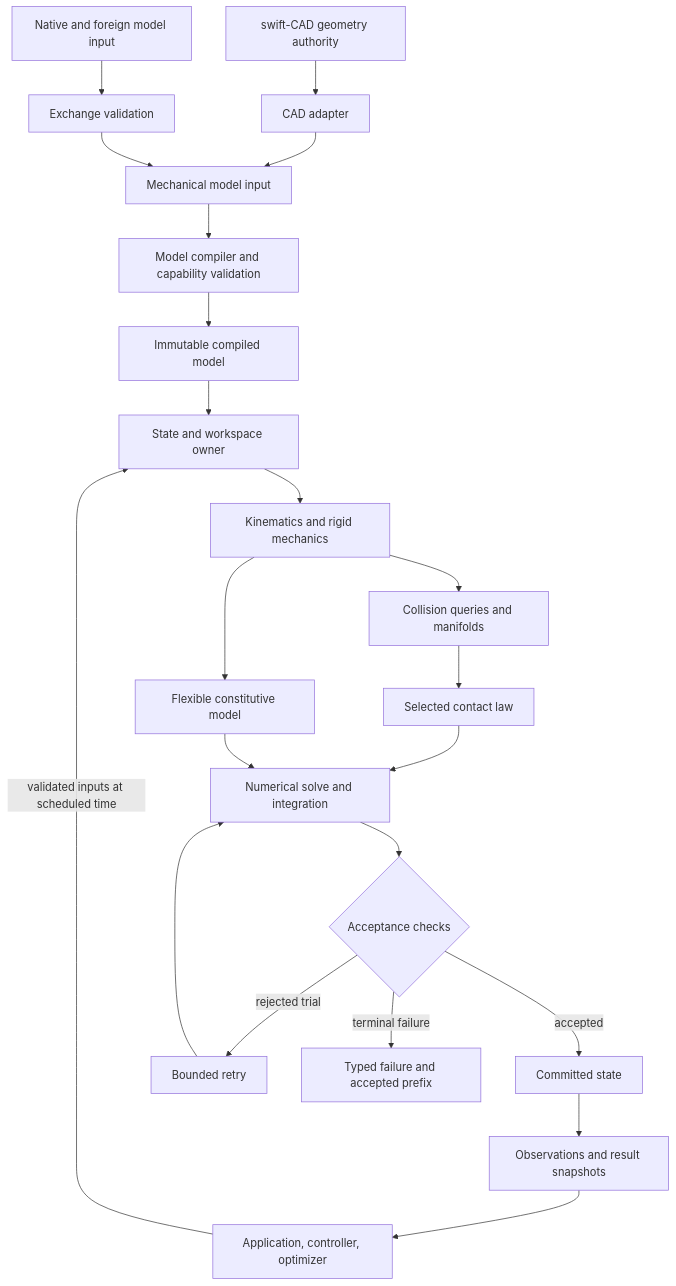
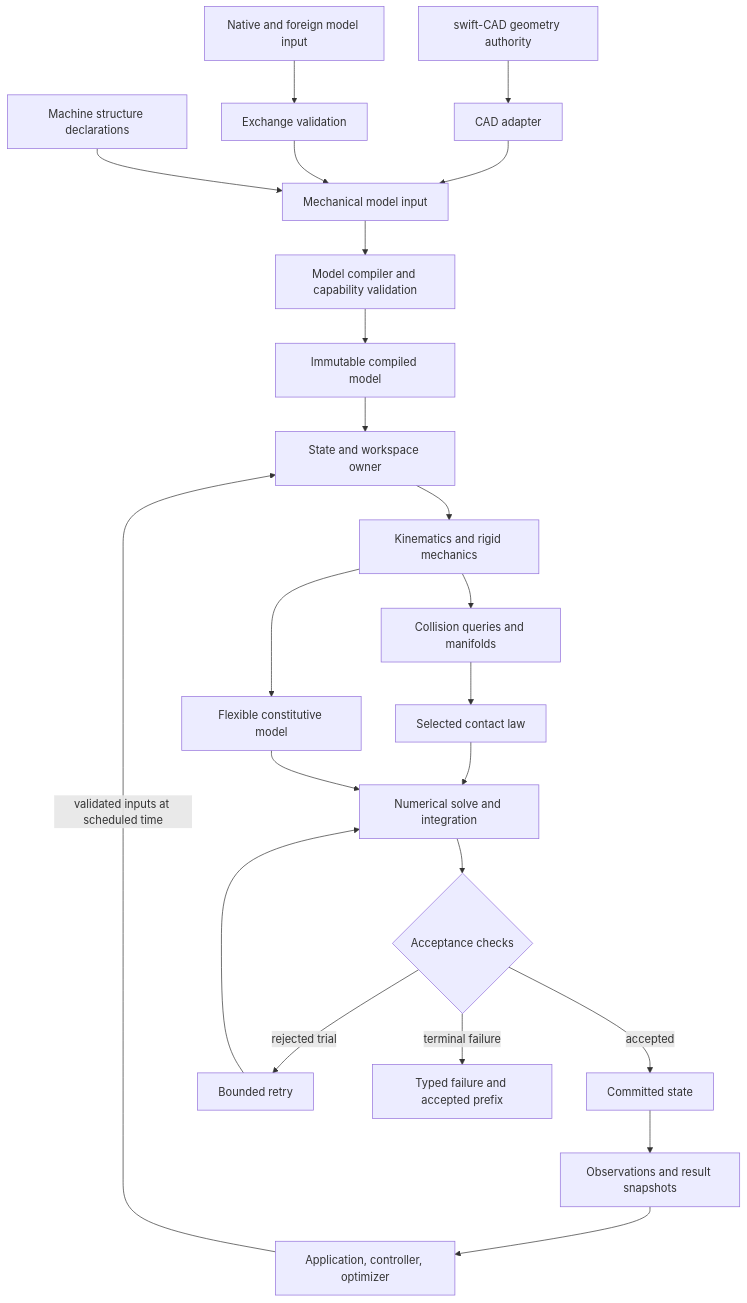
The first of 3 diagrams in DESIGN.md (1amageek/swift-mechanics), drawn with Mermaid before and after one commit. The commit also changed other lines of this file and 7 other files, not shown here.

Commit message:
Document structural Machine authoring contracts

````diff
--- a/DESIGN.md
+++ b/DESIGN.md
@@ -50,24 +52,25 @@
 ```mermaid
 flowchart TD
   CAD[swift-CAD geometry authority] --> CADAdapter[CAD adapter]
   Format[Native and foreign model input] --> Exchange[Exchange validation]
   CADAdapter --> Draft[Mechanical model input]
   Exchange --> Draft
+  Authoring[Machine structure declarations] --> Draft
   Draft --> Compiler[Model compiler and capability validation]
   Compiler --> Model[Immutable compiled model]
   Model --> Session[State and workspace owner]
   Session --> Kinematics[Kinematics and rigid mechanics]
   Kinematics --> Collision[Collision queries and manifolds]
   Collision --> Contact[Selected contact law]
   Kinematics --> Flexible[Flexible constitutive model]
   Contact --> Solve[Numerical solve and integration]
   Flexible --> Solve
   Solve --> Accept{Acceptance checks}
   Accept -->|accepted| State[Committed state]
   Accept -->|rejected trial| Retry[Bounded retry]
   Retry --> Solve
   Accept -->|terminal failure| Error[Typed failure and accepted prefix]
   State --> Snapshot[Observations and result snapshots]
   Snapshot --> Consumer[Application, controller, optimizer]
   Consumer -->|validated inputs at scheduled time| Session
 ```
````
